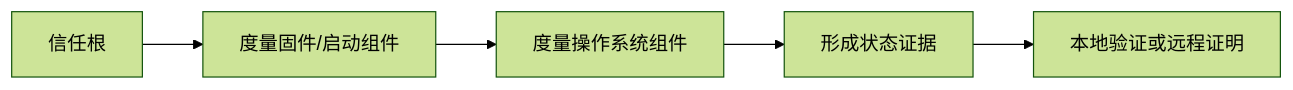
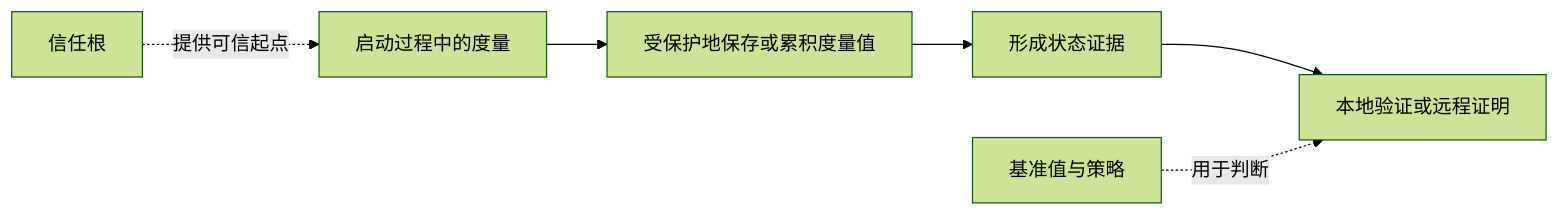
The diagram in 01_综合知识/03_信息安全技术/05_安全架构治理与可信/可信计算.md (74262195/system-architect-notes), drawn with Mermaid (forest theme) before and after one commit. The commit also changed other lines of this file and 5 other files, not shown here.

Commit message:
docs: fix downstream security diagrams

````diff
--- a/01_综合知识/03_信息安全技术/05_安全架构治理与可信/可信计算.md
+++ b/01_综合知识/03_信息安全技术/05_安全架构治理与可信/可信计算.md
@@ -31,7 +31,8 @@
 ```mermaid
-flowchart LR
-    R[信任根] --> F[度量固件/启动组件]
-    F --> O[度量操作系统组件]
-    O --> E[形成状态证据]
+graph LR
+    R[信任根] -. 提供可信起点 .-> M[启动过程中的度量]
+    M --> P[受保护地保存或累积度量值]
+    P --> E[形成状态证据]
     E --> V[本地验证或远程证明]
+    B[基准值与策略] -. 用于判断 .-> V
 ```
````
